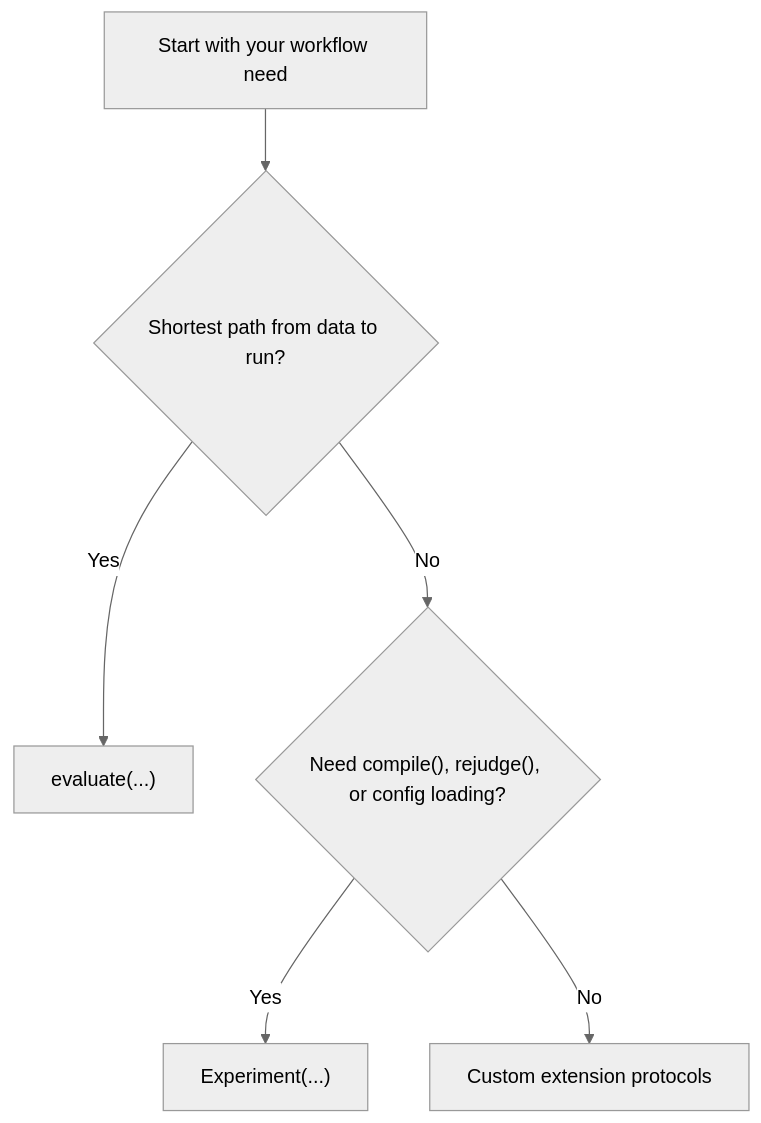
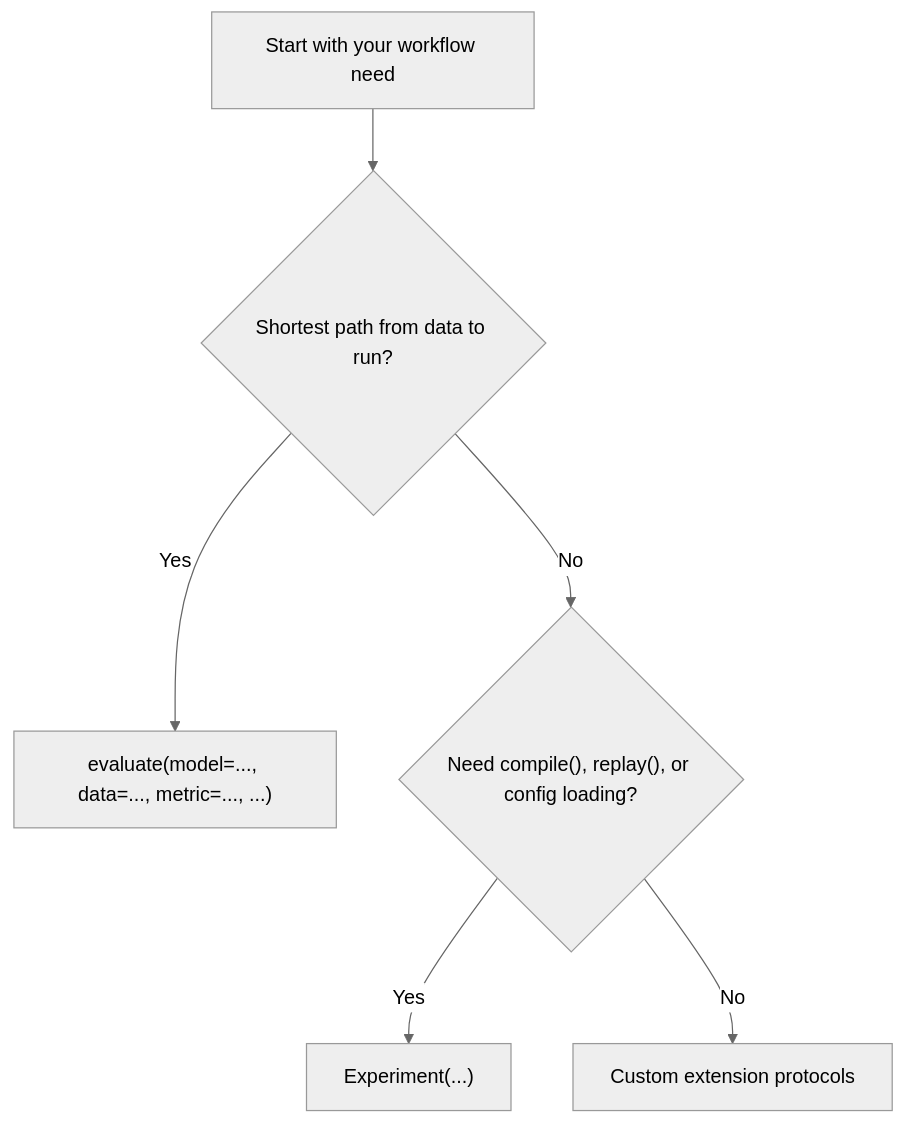
The diagram in docs/start-here/choose-your-api-layer.md (Pittawat2542/themis), drawn with Mermaid (neutral theme) before and after one commit. The commit also changed other lines of this file and 23 other files, not shown here.

Commit message:
docs(architecture): align v4 plan and public docs with final model

````diff
--- a/docs/start-here/choose-your-api-layer.md
+++ b/docs/start-here/choose-your-api-layer.md
@@ -18,9 +18,9 @@
 ```mermaid
 flowchart TD
     A["Start with your workflow need"]
     A --> B{"Shortest path from data to run?"}
-    B -->|Yes| C["evaluate(...)"]
-    B -->|No| D{"Need compile(), rejudge(), or config loading?"}
+    B -->|Yes| C["evaluate(model=..., data=..., metric=..., ...)"]
+    B -->|No| D{"Need compile(), replay(), or config loading?"}
     D -->|Yes| E["Experiment(...)"]
     D -->|No| F["Custom extension protocols"]
 ```
````
